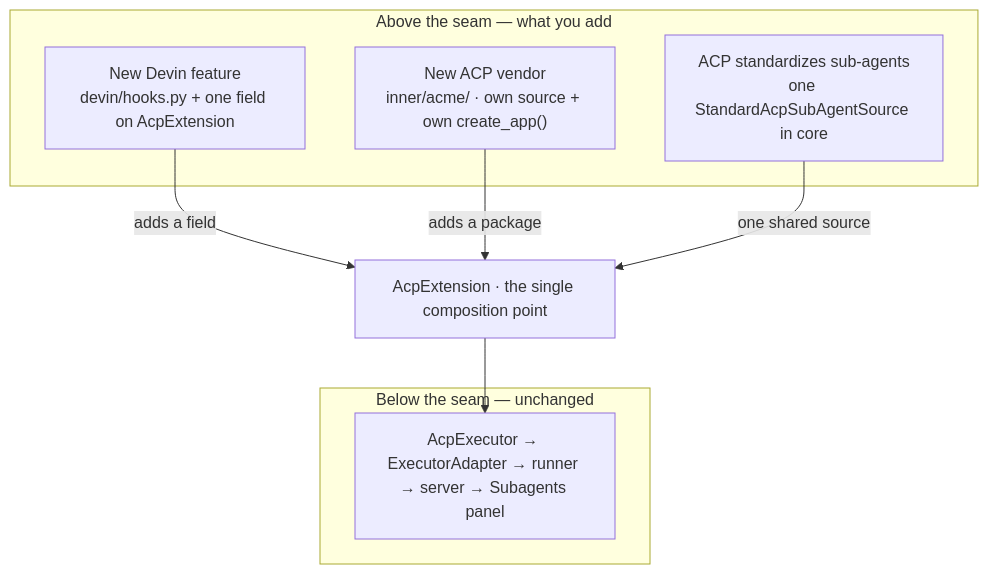
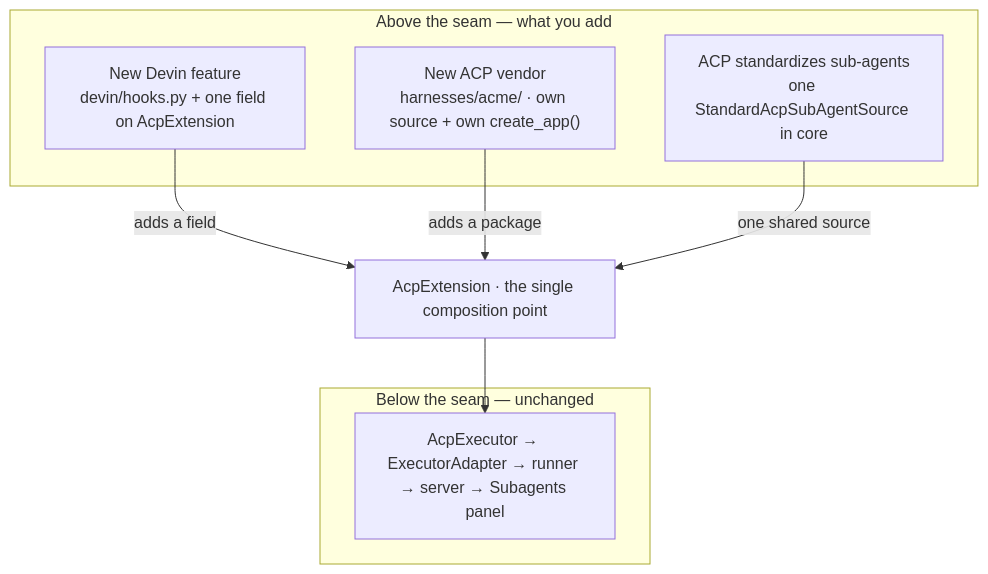
Before and after one commit to omnigent-ai/omnigent: the second of 2 diagrams in docs/DEVIN_ACP_DESIGN.md, drawn with Mermaid. The commit also changed 3 other files, not shown here.

First line of the commit message:
docs: map the omnigent package architecture

````diff
--- a/docs/DEVIN_ACP_DESIGN.md
+++ b/docs/DEVIN_ACP_DESIGN.md
@@ -281,15 +281,15 @@
 ```mermaid
 flowchart TB
   subgraph ABOVE["Above the seam — what you add"]
     F1["New Devin feature<br/>devin/hooks.py + one field on AcpExtension"]
-    F2["New ACP vendor<br/>inner/acme/ · own source + own create_app()"]
+    F2["New ACP vendor<br/>harnesses/acme/ · own source + own create_app()"]
     F3["ACP standardizes sub-agents<br/>one StandardAcpSubAgentSource in core"]
   end
   F1 -->|"adds a field"| SEAM["AcpExtension · the single composition point"]
   F2 -->|"adds a package"| SEAM
   F3 -->|"one shared source"| SEAM
   SEAM --> RAIL
   subgraph BELOW["Below the seam — unchanged"]
     RAIL["AcpExecutor → ExecutorAdapter → runner → server → Subagents panel"]
   end
 ```
````
